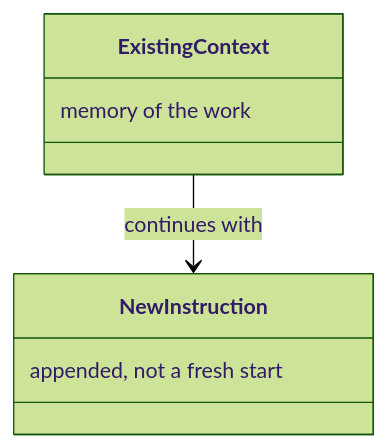
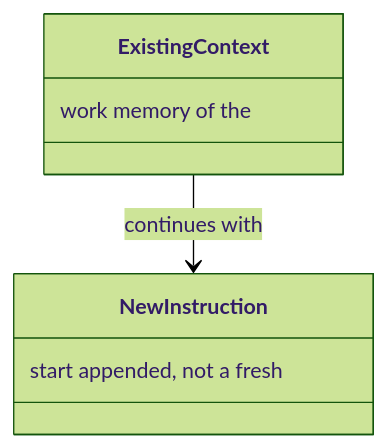
One commit to m2ux/workflow-server changed diagram 16 of 18 in docs/dispatch.md. Above: the diagram before and after it, drawn with Mermaid (forest theme). The commit also changed other lines of this file and 13 other files, not shown here.

````diff
--- a/docs/dispatch.md
+++ b/docs/dispatch.md
@@ -266,10 +266,10 @@
 ```mermaid
 classDiagram
   class ExistingContext {
-    memory of the work
+    work memory of the
   }
   class NewInstruction {
-    appended, not a fresh start
+    start appended, not a fresh
   }
   ExistingContext --> NewInstruction : continues with
 ```
````
